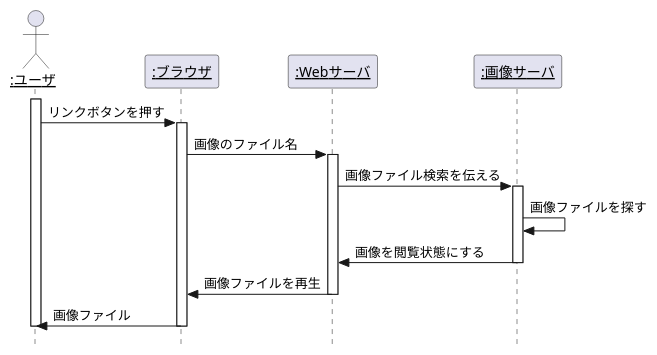
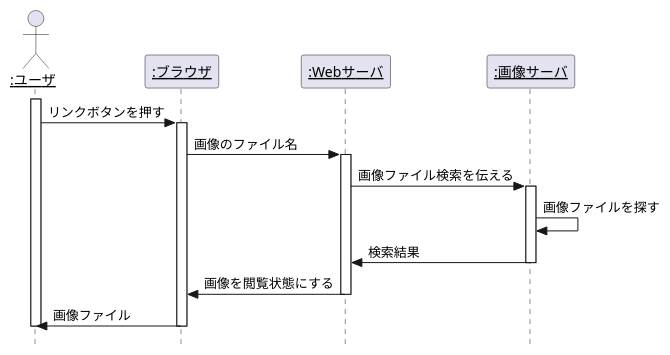
One commit to yoshiokaharuto/uml-introduction changed the diagram in 演習4-6_SD_Web画像検索.pu. Above: the diagram before and after it, drawn with PlantUML.

Commit message:
演習4-6の作成

```diff
--- a/演習4-6_SD_Web画像検索.pu
+++ b/演習4-6_SD_Web画像検索.pu
@@ -1,29 +1,29 @@
 @startuml 演習4-6_SD_Web画像検索
 
     hide footbox
     ' autonumber /'メッセージに自動で番号を降る '/
     skinparam style strictuml /' 厳密なUMLに準拠する '/
 
     actor "<u>:ユーザ</u>" as user
 
     participant "<u>:ブラウザ</u>" as browser
     participant "<u>:Webサーバ</u>" as web
     participant "<u>:画像サーバ</u>" as image
 
     activate user
         user -> browser : リンクボタンを押す
         activate browser
             browser -> web: 画像のファイル名
             activate web
                 web -> image: 画像ファイル検索を伝える
                 activate image
                     image -> image : 画像ファイルを探す
-                    web <- image : 画像を閲覧状態にする
+                    web <- image : 検索結果
                 deactivate image
-                browser <- web : 画像ファイルを再生
+                browser <- web : 画像を閲覧状態にする
             deactivate web
             user <- browser : 画像ファイル
         deactivate browser
     deactivate user
 
 @enduml
```
